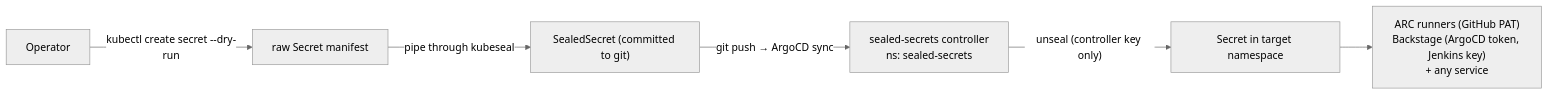
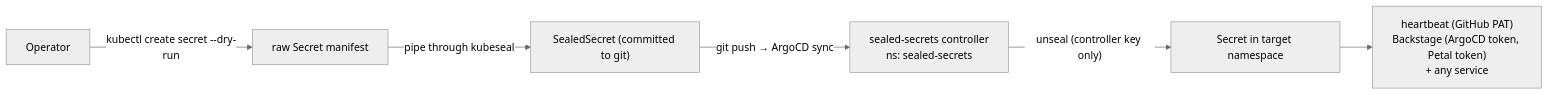
One commit to Blacklotus89898/Homelab changed the ninth of 9 diagrams in docs/architecture.md. Above: the diagram before and after it, drawn with Mermaid (neutral theme). The commit also changed other lines of this file and 17 other files, not shown here.

````diff
--- a/docs/architecture.md
+++ b/docs/architecture.md
@@ -359,8 +343,8 @@
 ```mermaid
 flowchart LR
   OP["Operator"] -->|"kubectl create secret --dry-run"| RAW["raw Secret manifest"]
   RAW -->|"pipe through kubeseal"| SEALED["SealedSecret (committed to git)"]
   SEALED -->|"git push → ArgoCD sync"| SSC["sealed-secrets controller<br/>ns: sealed-secrets"]
   SSC -->|"unseal (controller key only)"| S["Secret in target namespace"]
-  S --> CONSUMERS["ARC runners (GitHub PAT)<br/>Backstage (ArgoCD token, Jenkins key)<br/>+ any service"]
+  S --> CONSUMERS["heartbeat (GitHub PAT)<br/>Backstage (ArgoCD token, Petal token)<br/>+ any service"]
 ```
````
